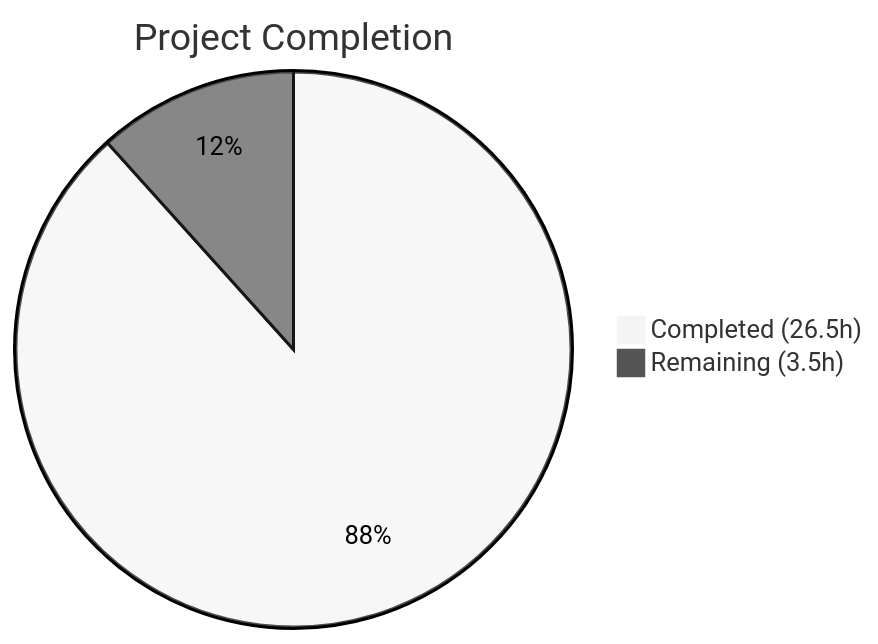
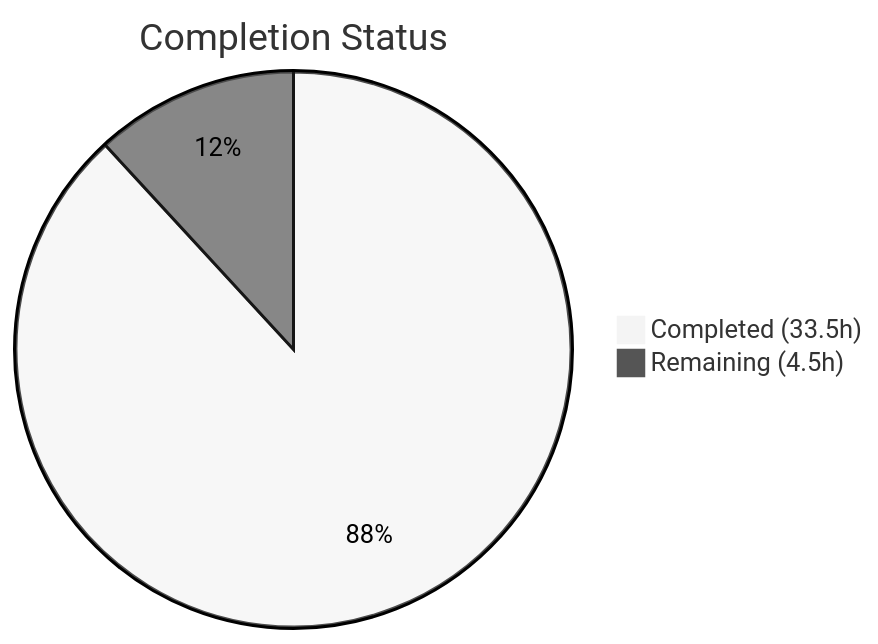
One commit to TestadoBlitzy/Existing-product changed the first of 2 diagrams in blitzy/documentation/Project Guide.md. Above: the diagram before and after it, drawn with Mermaid (neutral theme). The commit also changed other lines of this file, not shown here.

Commit message:
Adding Blitzy Project Guide: Project Status and Human Tasks Remaining

````diff
--- a/blitzy/documentation/Project Guide.md
+++ b/blitzy/documentation/Project Guide.md
@@ -13,5 +15,5 @@
 ```mermaid
-pie title Project Completion
-    "Completed (26.5h)" : 26.5
-    "Remaining (3.5h)" : 3.5
+pie title Completion Status
+    "Completed (33.5h)" : 33.5
+    "Remaining (4.5h)" : 4.5
 ```
````
